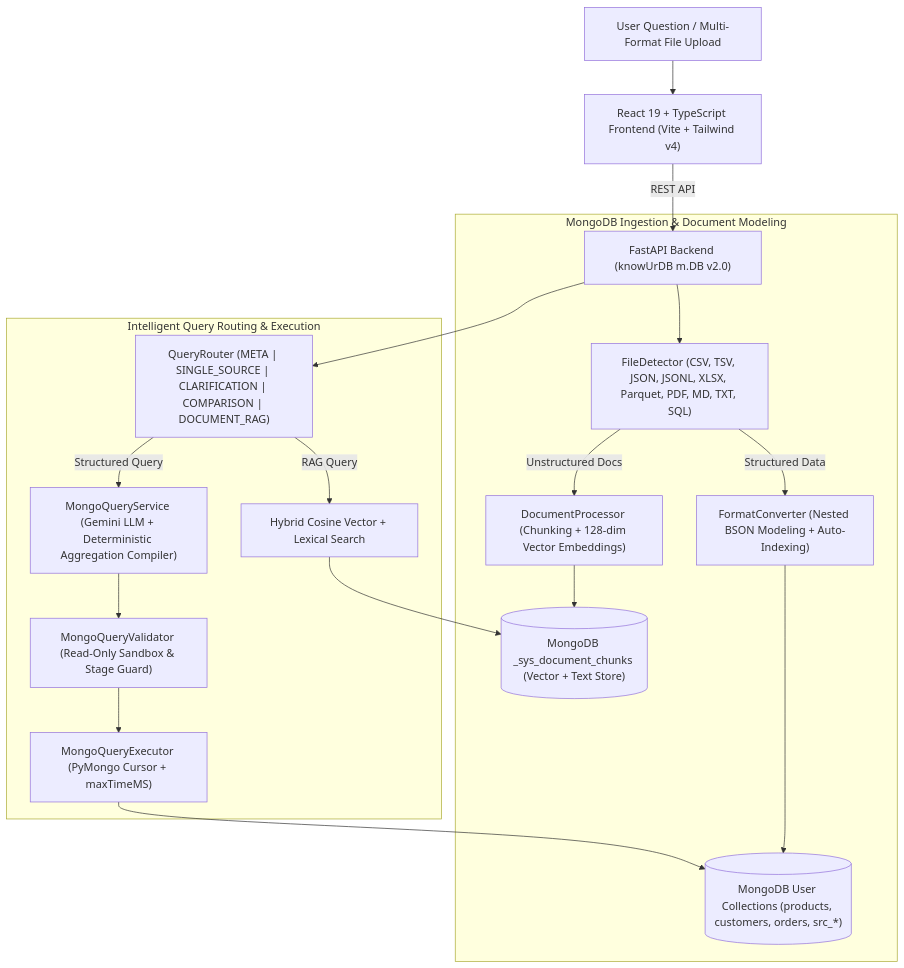
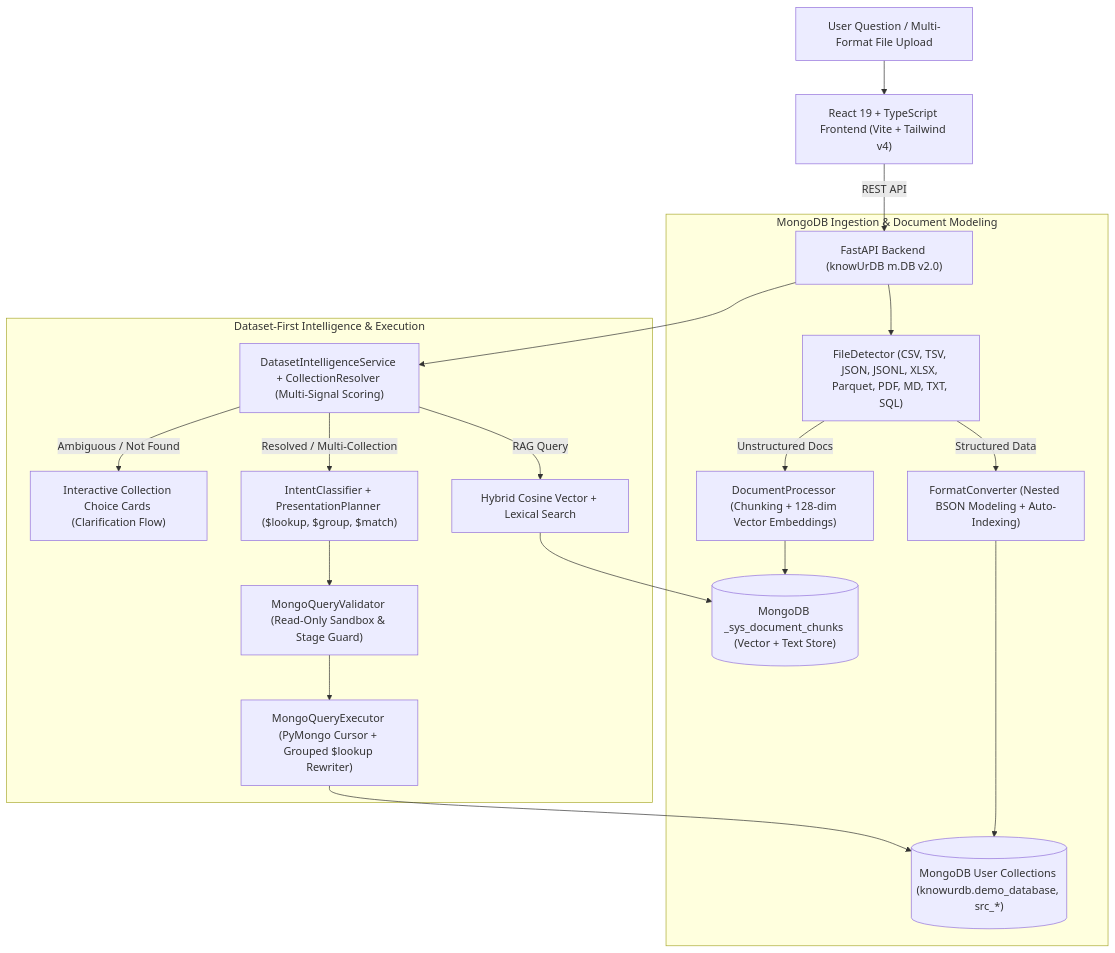
The diagram in README.md (s4meer-dev/knowUrDB.-m.DB-), drawn with Mermaid before and after one commit. The commit also changed other lines of this file, not shown here.

Commit message:
docs(readme): document dataset-first intelligence, clarification flow, cross-collection lookup, and 67-test suite

````diff
--- a/README.md
+++ b/README.md
@@ -35,23 +36,24 @@
 ```mermaid
 flowchart TD
     User["User Question / Multi-Format File Upload"] --> UI["React 19 + TypeScript Frontend (Vite + Tailwind v4)"]
     UI -->|REST API| FastAPI["FastAPI Backend (knowUrDB m.DB v2.0)"]
 
     subgraph Ingestion["MongoDB Ingestion & Document Modeling"]
         FastAPI --> Detector["FileDetector (CSV, TSV, JSON, JSONL, XLSX, Parquet, PDF, MD, TXT, SQL)"]
         Detector -->|Structured Data| Converter["FormatConverter (Nested BSON Modeling + Auto-Indexing)"]
         Detector -->|Unstructured Docs| DocProc["DocumentProcessor (Chunking + 128-dim Vector Embeddings)"]
-        Converter --> MongoUserCols[("MongoDB User Collections (products, customers, orders, src_*)")]
+        Converter --> MongoUserCols[("MongoDB User Collections (knowurdb.demo_database, src_*)")]
         DocProc --> MongoChunks[("MongoDB _sys_document_chunks (Vector + Text Store)")]
     end
 
-    subgraph QueryEngine["Intelligent Query Routing & Execution"]
-        FastAPI --> Router["QueryRouter (META | SINGLE_SOURCE | CLARIFICATION | COMPARISON | DOCUMENT_RAG)"]
-        Router -->|Structured Query| Compiler["MongoQueryService (Gemini LLM + Deterministic Aggregation Compiler)"]
-        Compiler --> Validator["MongoQueryValidator (Read-Only Sandbox & Stage Guard)"]
-        Validator --> Executor["MongoQueryExecutor (PyMongo Cursor + maxTimeMS)"]
+    subgraph QueryEngine["Dataset-First Intelligence & Execution"]
+        FastAPI --> DatasetIntel["DatasetIntelligenceService + CollectionResolver (Multi-Signal Scoring)"]
+        DatasetIntel -->|Ambiguous / Not Found| Clarification["Interactive Collection Choice Cards (Clarification Flow)"]
+        DatasetIntel -->|Resolved / Multi-Collection| IntentPlanner["IntentClassifier + PresentationPlanner ($lookup, $group, $match)"]
+        IntentPlanner --> Validator["MongoQueryValidator (Read-Only Sandbox & Stage Guard)"]
+        Validator --> Executor["MongoQueryExecutor (PyMongo Cursor + Grouped $lookup Rewriter)"]
         Executor --> MongoUserCols
-        Router -->|RAG Query| VectorSearch["Hybrid Cosine Vector + Lexical Search"]
+        DatasetIntel -->|RAG Query| VectorSearch["Hybrid Cosine Vector + Lexical Search"]
         VectorSearch --> MongoChunks
     end
 ```
````
